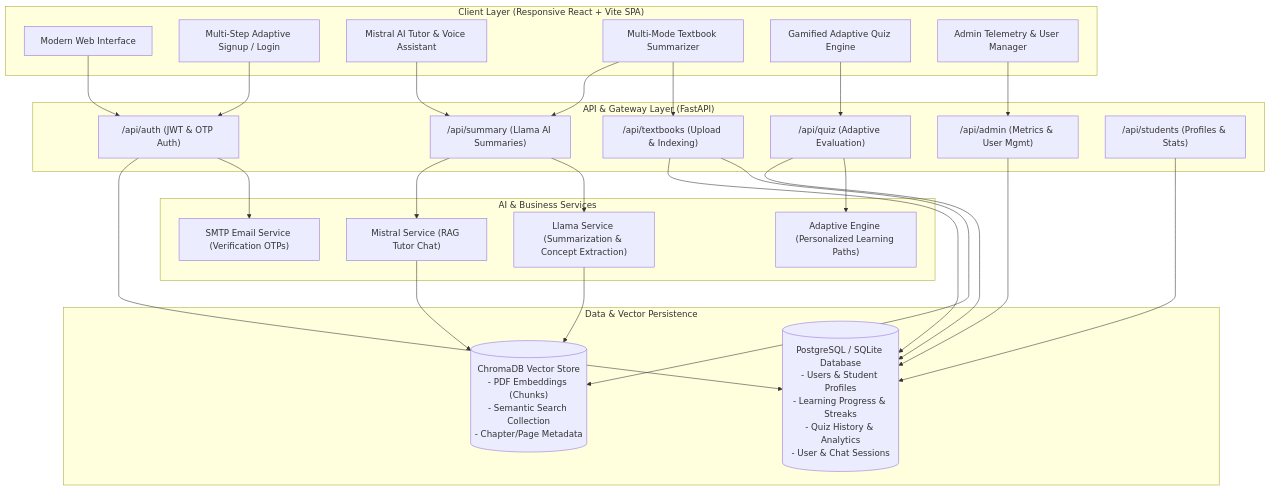
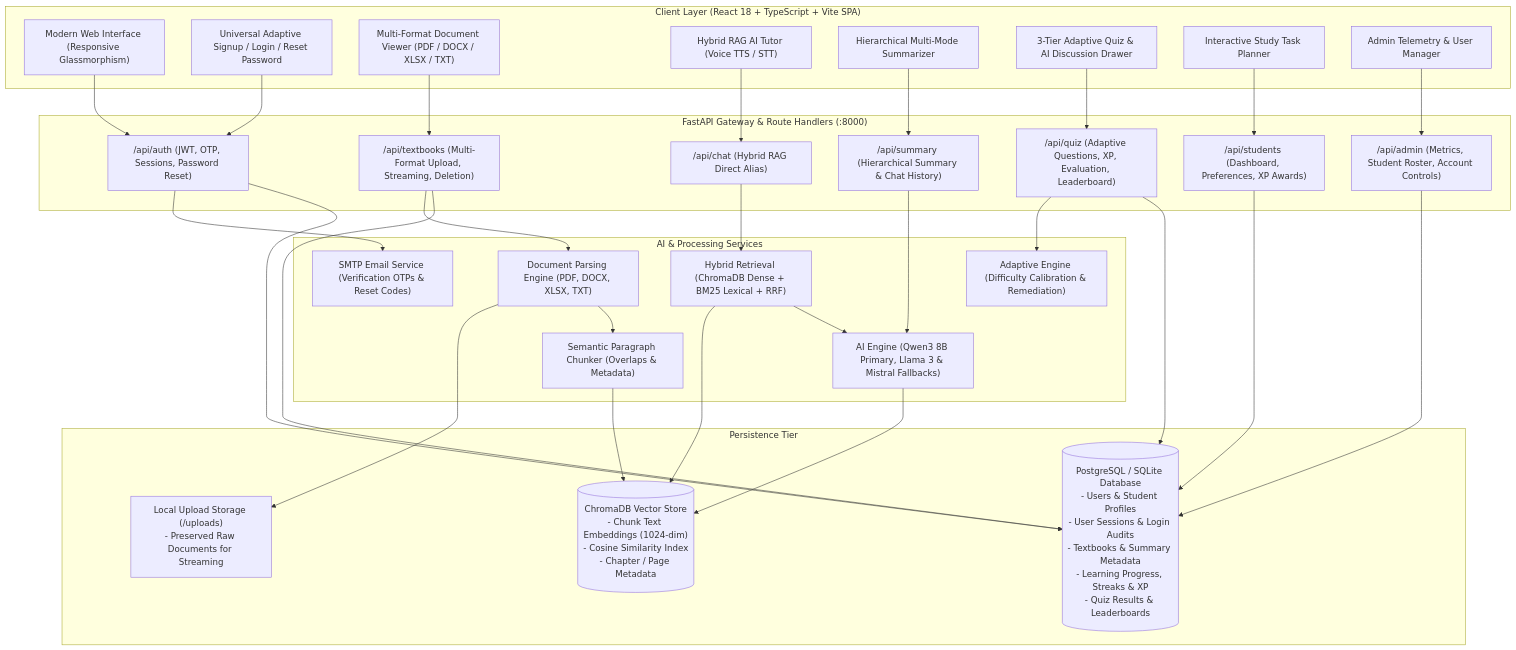
The diagram in README.md (Tanushree-ponnuswamy/AARVA_LEARNING_APP), drawn with Mermaid before and after one commit. The commit also changed other lines of this file and 3 other files, not shown here.

Commit message:
docs: comprehensive update for v2 - hybrid RAG, multi-format ingestion, 3-tier quizzes, study tasks, per-user isolation

````diff
--- a/README.md
+++ b/README.md
@@ -36,53 +61,66 @@
 ```mermaid
 flowchart TD
-    subgraph ClientLayer ["Client Layer (Responsive React + Vite SPA)"]
-        UI["Modern Web Interface"]
-        AuthModal["Multi-Step Adaptive Signup / Login"]
-        TutorChat["Mistral AI Tutor & Voice Assistant"]
-        Summarizer["Multi-Mode Textbook Summarizer"]
-        AdaptiveQuiz["Gamified Adaptive Quiz Engine"]
+    subgraph ClientLayer ["Client Layer (React 18 + TypeScript + Vite SPA)"]
+        UI["Modern Web Interface (Responsive Glassmorphism)"]
+        AuthStepper["Universal Adaptive Signup / Login / Reset Password"]
+        DocViewer["Multi-Format Document Viewer (PDF / DOCX / XLSX / TXT)"]
+        TutorChat["Hybrid RAG AI Tutor (Voice TTS / STT)"]
+        Summarizer["Hierarchical Multi-Mode Summarizer"]
+        AdaptiveQuiz["3-Tier Adaptive Quiz & AI Discussion Drawer"]
+        TaskPlanner["Interactive Study Task Planner"]
         AdminDashboard["Admin Telemetry & User Manager"]
     end
 
-    subgraph APILayer ["API & Gateway Layer (FastAPI)"]
-        AuthRoute["/api/auth (JWT & OTP Auth)"]
-        AdminRoute["/api/admin (Metrics & User Mgmt)"]
-        TextbookRoute["/api/textbooks (Upload & Indexing)"]
-        SummaryRoute["/api/summary (Llama AI Summaries)"]
-        QuizRoute["/api/quiz (Adaptive Evaluation)"]
-        StudentsRoute["/api/students (Profiles & Stats)"]
+    subgraph APILayer ["FastAPI Gateway & Route Handlers (:8000)"]
+        AuthRoute["/api/auth (JWT, OTP, Sessions, Password Reset)"]
+        AdminRoute["/api/admin (Metrics, Student Roster, Account Controls)"]
+        TextbookRoute["/api/textbooks (Multi-Format Upload, Streaming, Deletion)"]
+        SummaryRoute["/api/summary (Hierarchical Summary & Chat History)"]
+        ChatRoute["/api/chat (Hybrid RAG Direct Alias)"]
+        QuizRoute["/api/quiz (Adaptive Questions, XP, Evaluation, Leaderboard)"]
+        StudentRoute["/api/students (Dashboard, Preferences, XP Awards)"]
     end
 
-    subgraph ServiceLayer ["AI & Business Services"]
-        LlamaService["Llama Service (Summarization & Concept Extraction)"]
-        MistralService["Mistral Service (RAG Tutor Chat)"]
-        AdaptiveEngine["Adaptive Engine (Personalized Learning Paths)"]
-        EmailService["SMTP Email Service (Verification OTPs)"]
+    subgraph ServiceLayer ["AI & Processing Services"]
+        DocParser["Document Parsing Engine (PDF, DOCX, XLSX, TXT)"]
+        SemanticChunker["Semantic Paragraph Chunker (Overlaps & Metadata)"]
+        HybridEngine["Hybrid Retrieval (ChromaDB Dense + BM25 Lexical + RRF)"]
+        LLMService["AI Engine (Qwen3 8B Primary, Llama 3 & Mistral Fallbacks)"]
+        AdaptiveEngine["Adaptive Engine (Difficulty Calibration & Remediation)"]
+        EmailService["SMTP Email Service (Verification OTPs & Reset Codes)"]
     end
 
-    subgraph StorageLayer ["Data & Vector Persistence"]
-        PostgresDB[("PostgreSQL / SQLite Database\n- Users & Student Profiles\n- Learning Progress & Streaks\n- Quiz History & Analytics\n- User & Chat Sessions")]
-        ChromaVectorDB[("ChromaDB Vector Store\n- PDF Embeddings (Chunks)\n- Semantic Search Collection\n- Chapter/Page Metadata")]
+    subgraph StorageLayer ["Persistence Tier"]
+        PostgresDB[("PostgreSQL / SQLite Database\n- Users & Student Profiles\n- User Sessions & Login Audits\n- Textbooks & Summary Metadata\n- Learning Progress, Streaks & XP\n- Quiz Results & Leaderboards")]
+        ChromaVectorDB[("ChromaDB Vector Store\n- Chunk Text Embeddings (1024-dim)\n- Cosine Similarity Index\n- Chapter / Page Metadata")]
+        DocStore["Local Upload Storage (/uploads)\n- Preserved Raw Documents for Streaming"]
     end
 
     UI --> AuthRoute
-    AuthModal --> AuthRoute
-    TutorChat --> SummaryRoute
-    Summarizer --> TextbookRoute
+    AuthStepper --> AuthRoute
+    DocViewer --> TextbookRoute
+    TutorChat --> ChatRoute
     Summarizer --> SummaryRoute
     AdaptiveQuiz --> QuizRoute
+    TaskPlanner --> StudentRoute
     AdminDashboard --> AdminRoute
 
     AuthRoute --> EmailService
     AuthRoute --> PostgresDB
     AdminRoute --> PostgresDB
-    StudentsRoute --> PostgresDB
+    StudentRoute --> PostgresDB
     QuizRoute --> AdaptiveEngine
     QuizRoute --> PostgresDB
-    TextbookRoute --> ChromaVectorDB
+
+    TextbookRoute --> DocParser
+    DocParser --> DocStore
+    DocParser --> SemanticChunker
+    SemanticChunker --> ChromaVectorDB
     TextbookRoute --> PostgresDB
-    SummaryRoute --> LlamaService
-    SummaryRoute --> MistralService
-    LlamaService --> ChromaVectorDB
-    MistralService --> ChromaVectorDB
+
+    SummaryRoute --> LLMService
+    ChatRoute --> HybridEngine
+    HybridEngine --> ChromaVectorDB
+    HybridEngine --> LLMService
+    LLMService --> ChromaVectorDB
 ```
````
